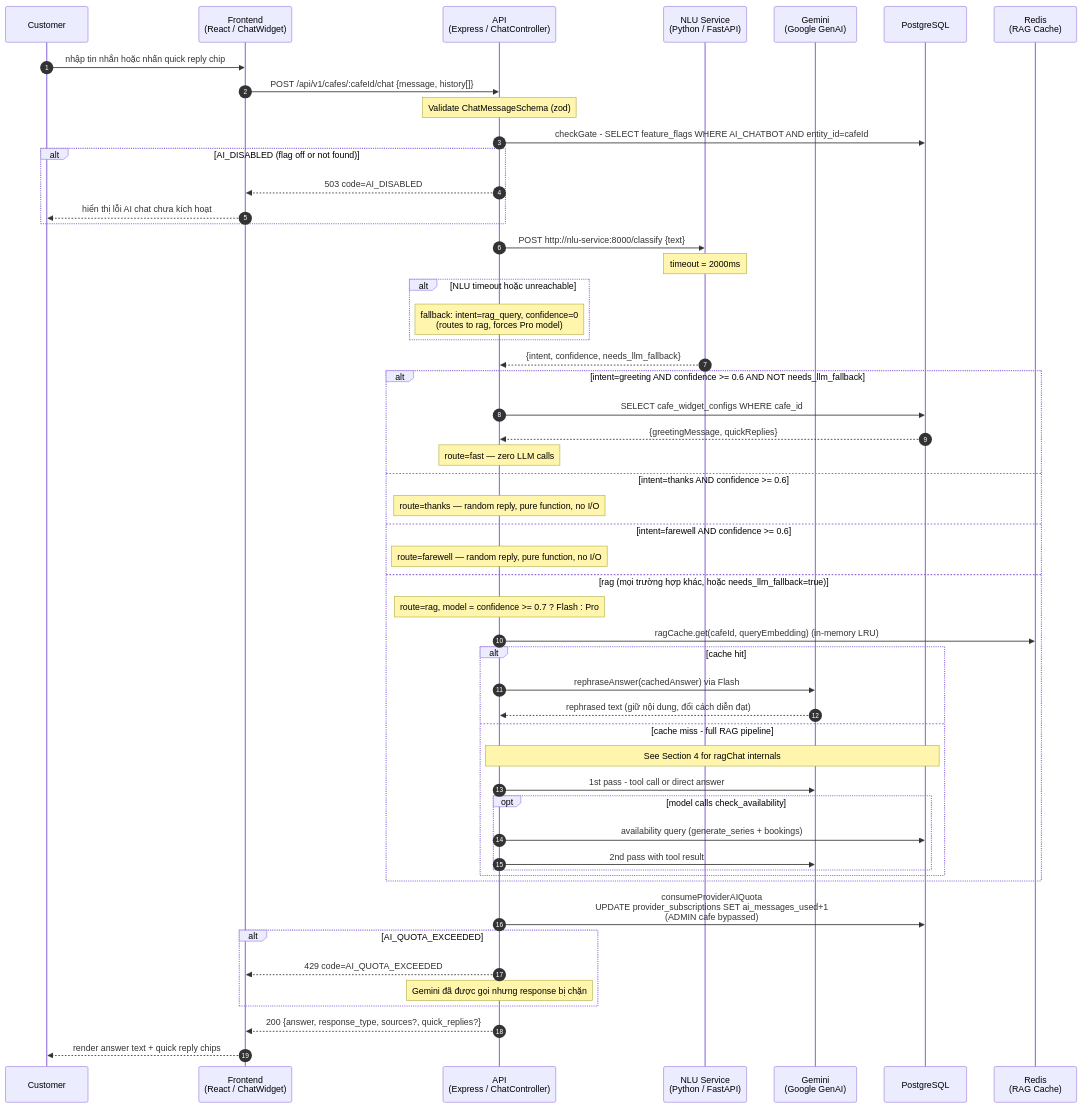
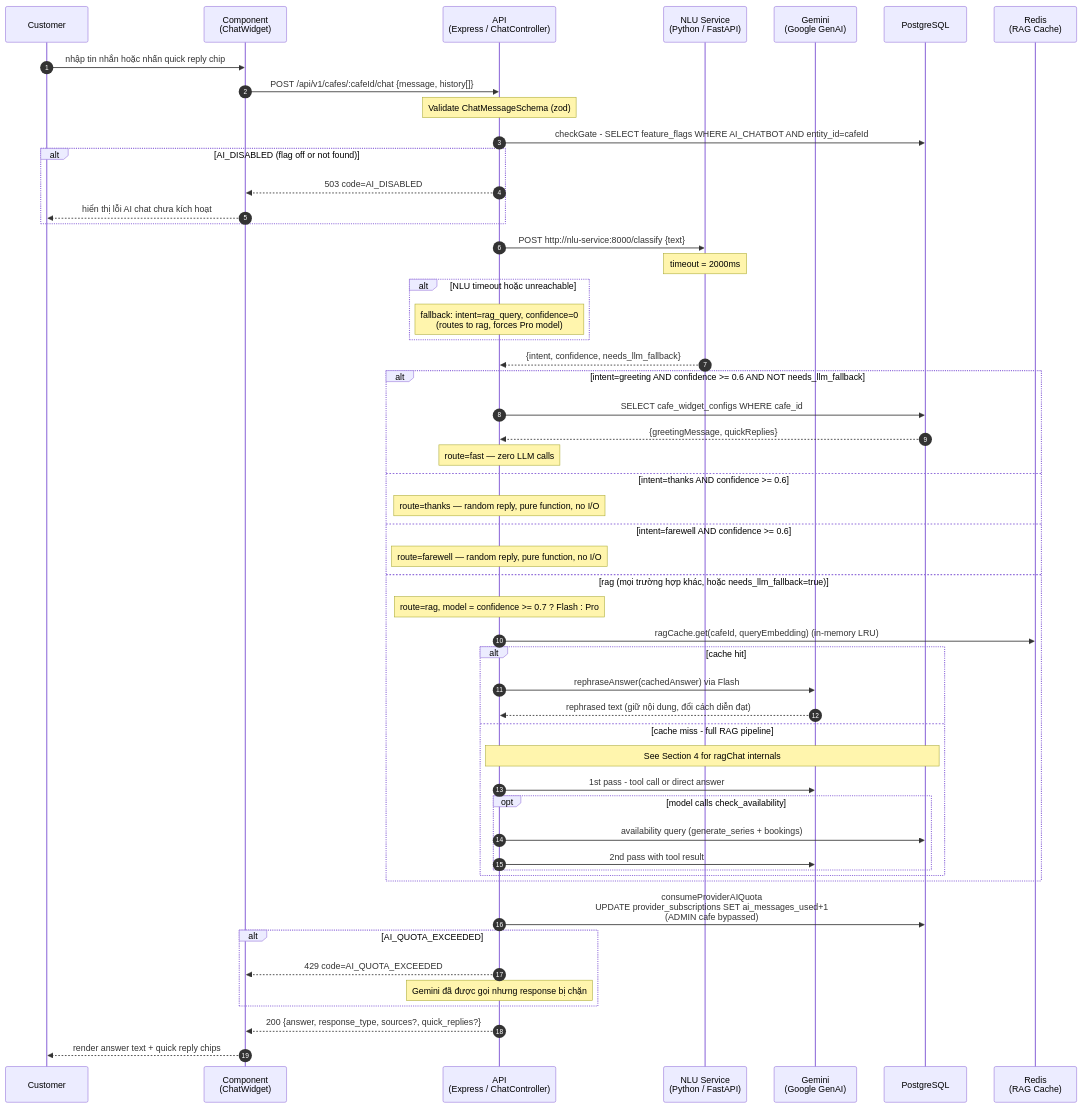
Before and after one commit to RCField-SEP490/rcfield-spec: the first of 6 diagrams in docs/diagrams/sequence/sequence-flow-rag-chat.md, drawn with Mermaid. The commit also changed other lines of this file and 15 other files, not shown here.

First line of the commit message:
Add sequence flow diagrams for provider, staff, and supporting operations

````diff
--- a/docs/diagrams/sequence/sequence-flow-rag-chat.md
+++ b/docs/diagrams/sequence/sequence-flow-rag-chat.md
@@ -32,62 +32,62 @@
 ```mermaid
 sequenceDiagram
     autonumber
     participant U as Customer
-    participant M as Frontend<br/>(React / ChatWidget)
+    participant M as Component<br/>(ChatWidget)
     participant B as API<br/>(Express / ChatController)
     participant NLU as NLU Service<br/>(Python / FastAPI)
     participant GEM as Gemini<br/>(Google GenAI)
     participant DB as PostgreSQL
     participant RC as Redis<br/>(RAG Cache)
 
     U->>M: nhập tin nhắn hoặc nhấn quick reply chip
     M->>B: POST /api/v1/cafes/:cafeId/chat {message, history[]}
 
     Note over B: Validate ChatMessageSchema (zod)
 
     B->>DB: checkGate - SELECT feature_flags WHERE AI_CHATBOT AND entity_id=cafeId
     alt AI_DISABLED (flag off or not found)
         B-->>M: 503 code=AI_DISABLED
         M-->>U: hiển thị lỗi AI chat chưa kích hoạt
     end
 
     B->>NLU: POST http://nlu-service:8000/classify {text}
     Note over NLU: timeout = 2000ms
     alt NLU timeout hoặc unreachable
         Note over B: fallback: intent=rag_query, confidence=0<br/>(routes to rag, forces Pro model)
     end
     NLU-->>B: {intent, confidence, needs_llm_fallback}
 
     alt intent=greeting AND confidence >= 0.6 AND NOT needs_llm_fallback
         B->>DB: SELECT cafe_widget_configs WHERE cafe_id
         DB-->>B: {greetingMessage, quickReplies}
         Note over B: route=fast — zero LLM calls
     else intent=thanks AND confidence >= 0.6
         Note over B: route=thanks — random reply, pure function, no I/O
     else intent=farewell AND confidence >= 0.6
         Note over B: route=farewell — random reply, pure function, no I/O
     else rag (mọi trường hợp khác, hoặc needs_llm_fallback=true)
         Note over B: route=rag, model = confidence >= 0.7 ? Flash : Pro
         B->>RC: ragCache.get(cafeId, queryEmbedding) (in-memory LRU)
         alt cache hit
             B->>GEM: rephraseAnswer(cachedAnswer) via Flash
             GEM-->>B: rephrased text (giữ nội dung, đổi cách diễn đạt)
         else cache miss - full RAG pipeline
             Note over B,DB: See Section 4 for ragChat internals
             B->>GEM: 1st pass - tool call or direct answer
             opt model calls check_availability
                 B->>DB: availability query (generate_series + bookings)
                 B->>GEM: 2nd pass with tool result
             end
         end
     end
 
     B->>DB: consumeProviderAIQuota<br/>UPDATE provider_subscriptions SET ai_messages_used+1<br/>(ADMIN cafe bypassed)
     alt AI_QUOTA_EXCEEDED
         B-->>M: 429 code=AI_QUOTA_EXCEEDED
         Note over B: Gemini đã được gọi nhưng response bị chặn
     end
 
     B-->>M: 200 {answer, response_type, sources?, quick_replies?}
     M-->>U: render answer text + quick reply chips
 ```
````
